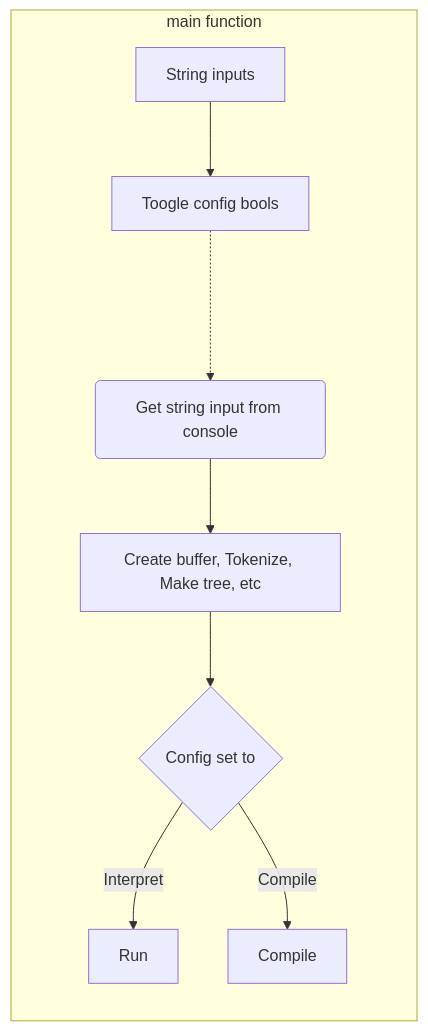
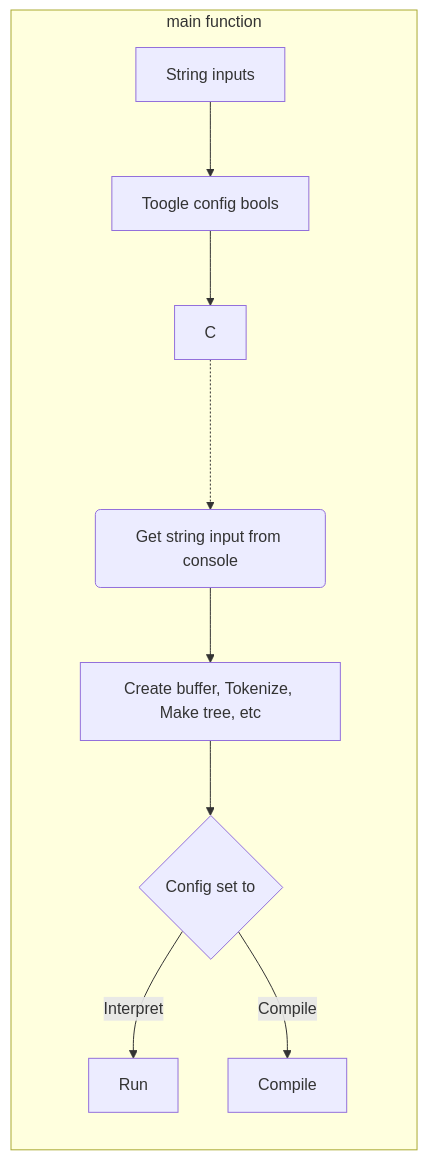
Before and after one commit to Jzhyang1/Monomer: the sixth of 6 diagrams in Implementation.md, drawn with Mermaid. The commit also changed other lines of this file, not shown here.

Commit message:
Implementation.md updated from https://stackedit.io/

````diff
--- a/Implementation.md
+++ b/Implementation.md
@@ -229,11 +229,12 @@
 ```mermaid
 graph LR
 subgraph sg1["main function"]
 	A[String inputs] --> B[Toogle config bools]
-	B ..-> C(Get string input from console)
-	C --> I[Create buffer, Tokenize, Make tree, etc]
+	B --> C
+	C ..-> D(Get string input from console)
+	D --> I[Create buffer, Tokenize, Make tree, etc]
 	I --> J{Config set to}
 	J -- Interpret --> K[Run]
 	J -- Compile --> L[Compile]
 end
 ```
````
